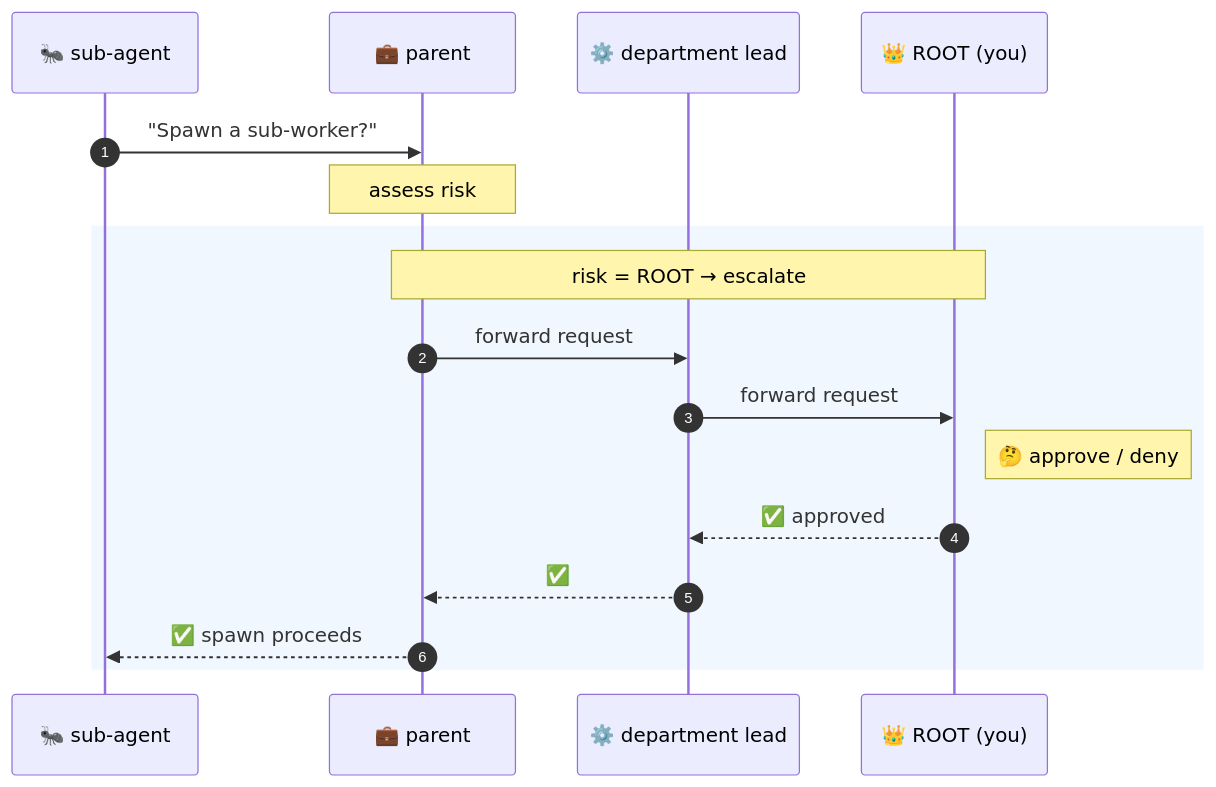
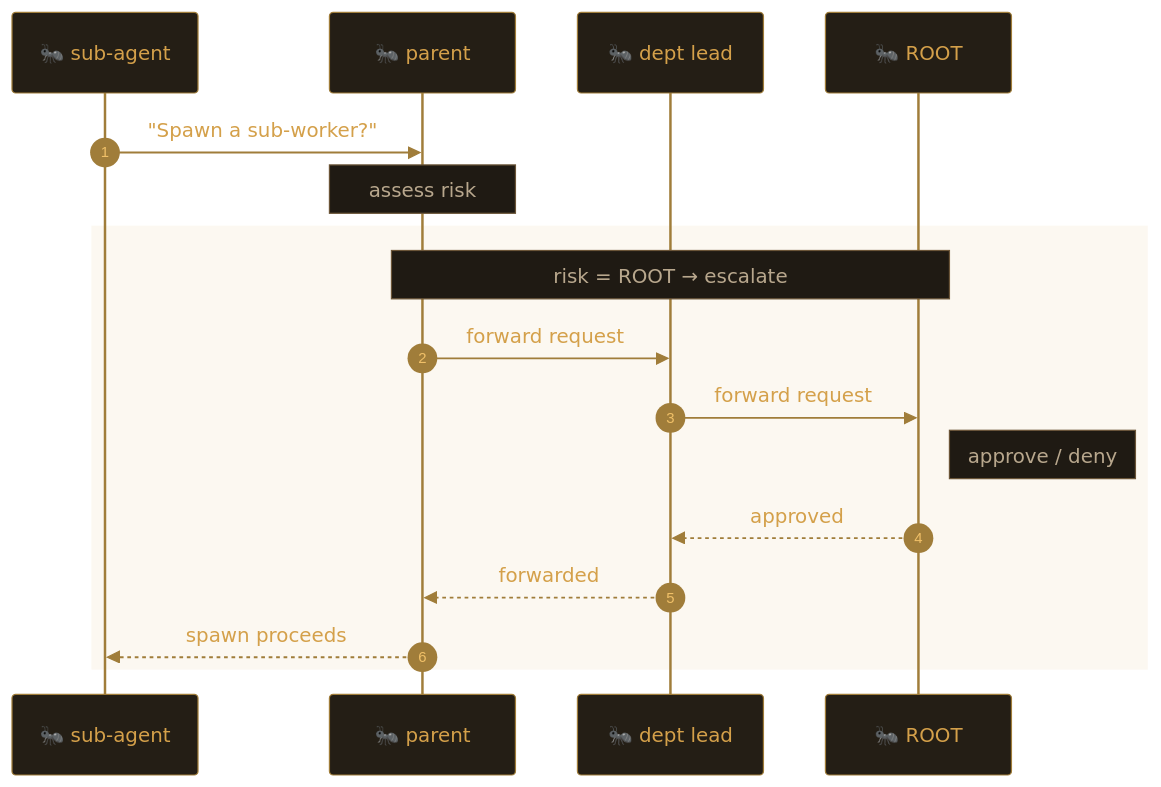
Before and after one commit to Ranzim/ormica: the second of 4 diagrams in README.md, drawn with Mermaid. The commit also changed other lines of this file, not shown here.

````diff
--- a/README.md
+++ b/README.md
@@ -177,20 +177,29 @@
 ```mermaid
+%%{init: {'theme':'base','themeVariables':{
+  'background':'#14110d',
+  'primaryColor':'#241e15','primaryBorderColor':'#a07d3a','primaryTextColor':'#d4a04a',
+  'lineColor':'#8c6b30','secondaryColor':'#2d2418','tertiaryColor':'#1f1a13',
+  'actorBkg':'#241e15','actorBorder':'#a07d3a','actorTextColor':'#d4a04a',
+  'signalColor':'#a07d3a','signalTextColor':'#d4a04a',
+  'noteBkgColor':'#1f1a13','noteBorderColor':'#6b5538','noteTextColor':'#b8a78d',
+  'sequenceNumberColor':'#f0c068','labelBoxBkgColor':'#241e15','labelBoxBorderColor':'#a07d3a'
+}}}%%
 sequenceDiagram
     autonumber
     participant W as 🐜 sub-agent
-    participant P as 💼 parent
-    participant D as ⚙️ department lead
-    participant R as 👑 ROOT (you)
+    participant P as 🐜 parent
+    participant D as 🐜 dept lead
+    participant R as 🐜 ROOT
 
     W->>P: "Spawn a sub-worker?"
     Note over P: assess risk
-    rect rgba(74, 158, 255, 0.08)
+    rect rgba(212, 160, 74, 0.08)
     Note over P,R: risk = ROOT → escalate
     P->>D: forward request
     D->>R: forward request
-    Note right of R: 🤔 approve / deny
-    R-->>D: ✅ approved
-    D-->>P: ✅
-    P-->>W: ✅ spawn proceeds
+    Note right of R: approve / deny
+    R-->>D: approved
+    D-->>P: forwarded
+    P-->>W: spawn proceeds
     end
 ```
````
